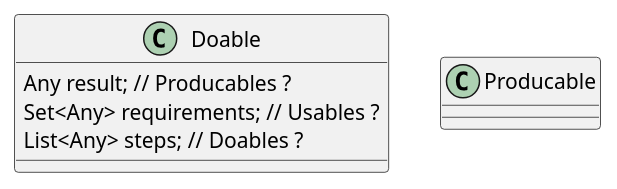
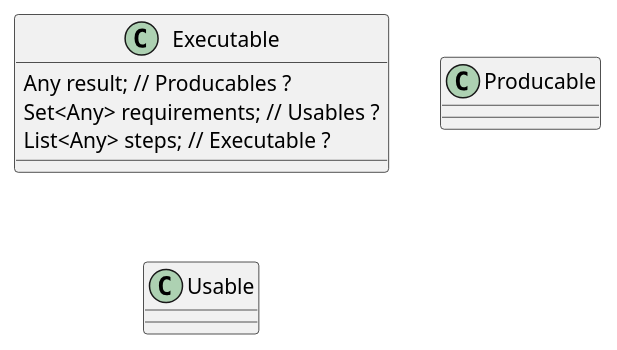
Before and after one commit to NahejL/Ben-Me_Super_Duper_Function_DB: the diagram in README.md, drawn with PlantUML. The commit also changed other lines of this file, not shown here.

````diff
--- a/README.md
+++ b/README.md
@@ -4,10 +3,11 @@
 ```PlantUML
-class Doable{
+class Executable{
   Any result; // Producables ?
   Set<Any> requirements; // Usables ?
-  List<Any> steps; // Doables ?
+  List<Any> steps; // Executable ?
 }
-class Producable{
-  
-}
+
+class Producable{}
+
+class Usable{}
 ```
````
